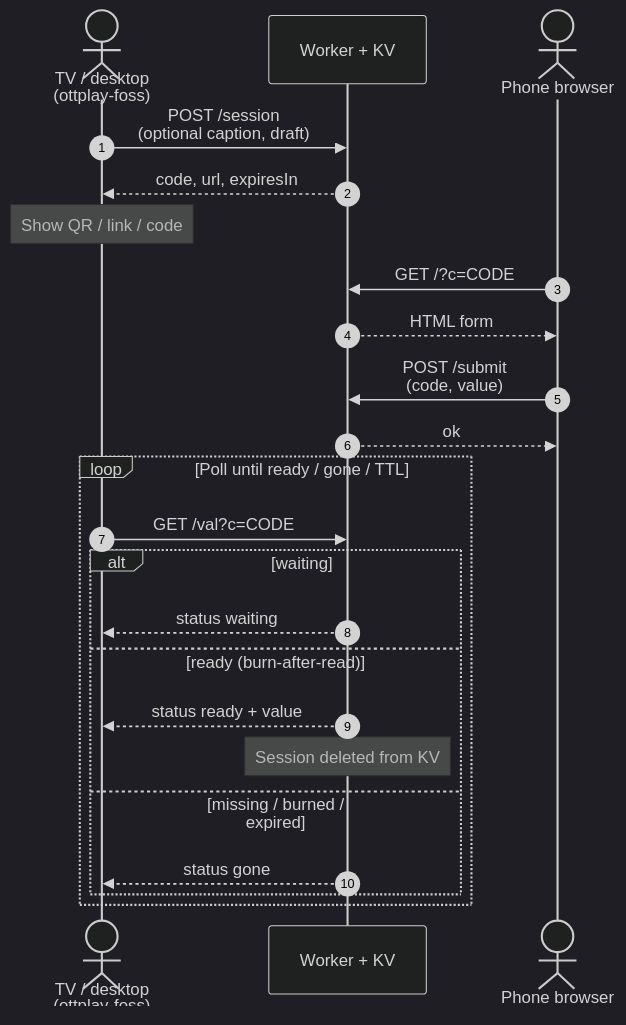
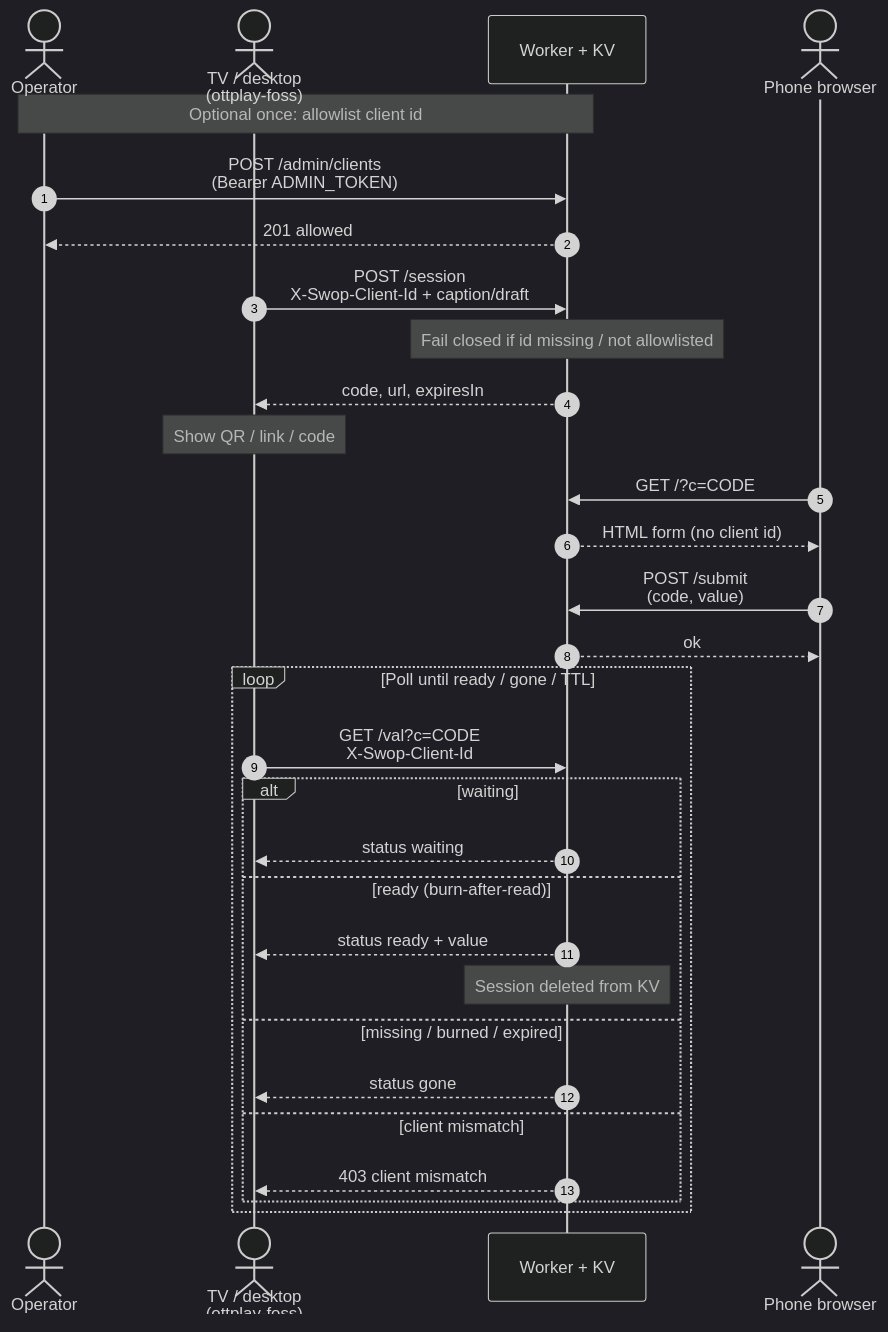
The diagram in README.md (open-ott-play/ottplay-swop), drawn with Mermaid (dark theme) before and after one commit. The commit also changed other lines of this file and 2 other files, not shown here.

First line of the commit message:
feat: client-id allowlist for TV-side SWOP routes (#5)

````diff
--- a/README.md
+++ b/README.md
@@ -7,26 +7,34 @@
 ```mermaid
 sequenceDiagram
   autonumber
+  actor Admin as Operator
   actor TV as TV / desktop<br/>(ottplay-foss)
   participant W as Worker + KV
   actor Phone as Phone browser
 
-  TV->>W: POST /session<br/>(optional caption, draft)
+  Note over Admin,W: Optional once: allowlist client id
+  Admin->>W: POST /admin/clients<br/>(Bearer ADMIN_TOKEN)
+  W-->>Admin: 201 allowed
+
+  TV->>W: POST /session<br/>X-Swop-Client-Id + caption/draft
+  Note over W: Fail closed if id missing / not allowlisted
   W-->>TV: code, url, expiresIn
   Note over TV: Show QR / link / code
   Phone->>W: GET /?c=CODE
-  W-->>Phone: HTML form
+  W-->>Phone: HTML form (no client id)
   Phone->>W: POST /submit<br/>(code, value)
   W-->>Phone: ok
   loop Poll until ready / gone / TTL
-    TV->>W: GET /val?c=CODE
+    TV->>W: GET /val?c=CODE<br/>X-Swop-Client-Id
     alt waiting
       W-->>TV: status waiting
     else ready (burn-after-read)
       W-->>TV: status ready + value
       Note over W: Session deleted from KV
     else missing / burned / expired
       W-->>TV: status gone
+    else client mismatch
+      W-->>TV: 403 client mismatch
     end
   end
 ```
````
